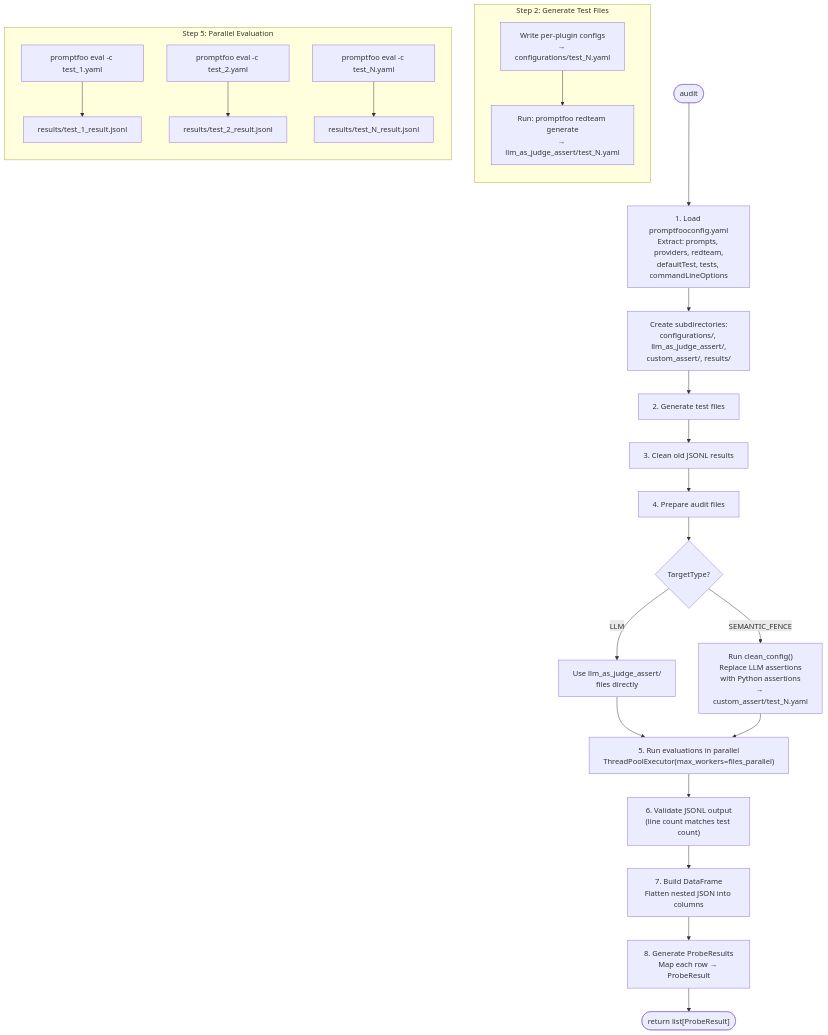
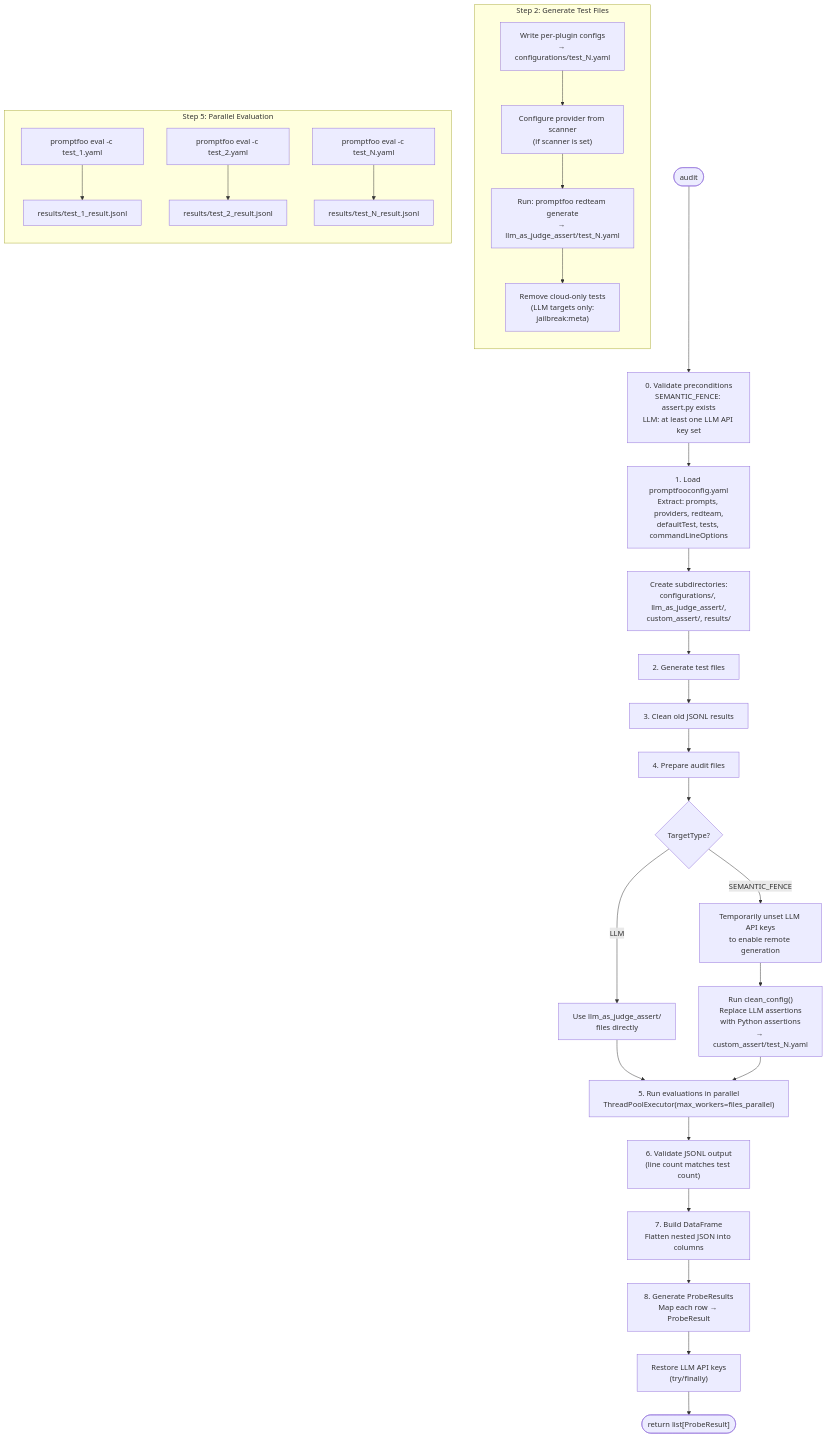
One commit to tekdatum/pen-tester-cli changed the second of 4 diagrams in docs/promptfoo.md. Above: the diagram before and after it, drawn with Mermaid. The commit also changed other lines of this file and 29 other files, not shown here.

First line of the commit message:
246 pen tester prompfoo curl llm custom script usage (#21)

````diff
--- a/docs/promptfoo.md
+++ b/docs/promptfoo.md
@@ -43,33 +56,38 @@
 ```mermaid
 flowchart TD
-    Start([audit]) --> LoadConfig["1. Load promptfooconfig.yaml<br/>Extract: prompts, providers, redteam,<br/>defaultTest, tests, commandLineOptions"]
+    Start([audit]) --> Preconditions["0. Validate preconditions<br/>SEMANTIC_FENCE: assert.py exists<br/>LLM: at least one LLM API key set"]
+    Preconditions --> LoadConfig["1. Load promptfooconfig.yaml<br/>Extract: prompts, providers, redteam,<br/>defaultTest, tests, commandLineOptions"]
     LoadConfig --> EnsureDirs["Create subdirectories:<br/>configurations/, llm_as_judge_assert/,<br/>custom_assert/, results/"]
     EnsureDirs --> GenTests["2. Generate test files"]
 
     subgraph GenTests_Detail ["Step 2: Generate Test Files"]
         direction TB
-        WritePlugins["Write per-plugin configs<br/>→ configurations/test_N.yaml"] --> RedteamGen["Run: promptfoo redteam generate<br/>→ llm_as_judge_assert/test_N.yaml"]
+        WritePlugins["Write per-plugin configs<br/>→ configurations/test_N.yaml"] --> ConfigProvider["Configure provider from scanner<br/>(if scanner is set)"]
+        ConfigProvider --> RedteamGen["Run: promptfoo redteam generate<br/>→ llm_as_judge_assert/test_N.yaml"]
+        RedteamGen --> RemoveCloud["Remove cloud-only tests<br/>(LLM targets only:<br/>jailbreak:meta)"]
     end
 
     GenTests --> CleanResults["3. Clean old JSONL results"]
     CleanResults --> PrepareFiles["4. Prepare audit files"]
 
     PrepareFiles --> TargetCheck{TargetType?}
     TargetCheck -->|LLM| UseLLM["Use llm_as_judge_assert/<br/>files directly"]
-    TargetCheck -->|SEMANTIC_FENCE| CleanConfig["Run clean_config()<br/>Replace LLM assertions<br/>with Python assertions<br/>→ custom_assert/test_N.yaml"]
+    TargetCheck -->|SEMANTIC_FENCE| UnsetKeys["Temporarily unset LLM API keys<br/>to enable remote generation"]
+    UnsetKeys --> CleanConfig["Run clean_config()<br/>Replace LLM assertions<br/>with Python assertions<br/>→ custom_assert/test_N.yaml"]
 
     UseLLM --> RunEval["5. Run evaluations in parallel<br/>ThreadPoolExecutor(max_workers=files_parallel)"]
     CleanConfig --> RunEval
 
     subgraph RunEval_Detail ["Step 5: Parallel Evaluation"]
         direction TB
         Eval1["promptfoo eval -c test_1.yaml"] --> Result1["results/test_1_result.jsonl"]
         Eval2["promptfoo eval -c test_2.yaml"] --> Result2["results/test_2_result.jsonl"]
         EvalN["promptfoo eval -c test_N.yaml"] --> ResultN["results/test_N_result.jsonl"]
     end
 
     RunEval --> Validate["6. Validate JSONL output<br/>(line count matches test count)"]
     Validate --> BuildDF["7. Build DataFrame<br/>Flatten nested JSON into columns"]
     BuildDF --> ProbeResults["8. Generate ProbeResults<br/>Map each row → ProbeResult"]
-    ProbeResults --> End(["return list[ProbeResult]"])
+    ProbeResults --> RestoreKeys["Restore LLM API keys<br/>(try/finally)"]
+    RestoreKeys --> End(["return list[ProbeResult]"])
 ```
````
